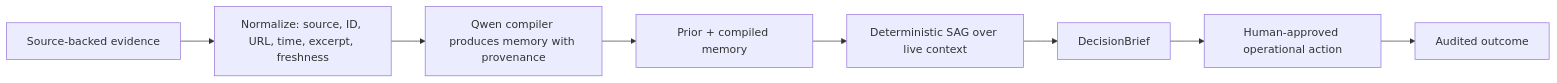
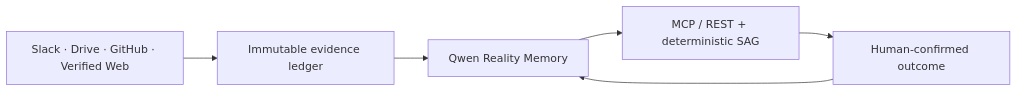
The diagram in HACKATHON_WRITEUP.md (BoBbY-dev-0099/company-brain), drawn with Mermaid before and after one commit. The commit also changed other lines of this file and 71 other files, not shown here.

Commit message:
feat: add source-backed reality memory layer

````diff
--- a/HACKATHON_WRITEUP.md
+++ b/HACKATHON_WRITEUP.md
@@ -35,10 +32,8 @@
 ```mermaid
 flowchart LR
-  E[Source-backed evidence] --> N[Normalize: source, ID, URL, time, excerpt, freshness]
-  N --> Q[Qwen compiler produces memory with provenance]
-  Q --> M[Prior + compiled memory]
-  M --> S[Deterministic SAG over live context]
-  S --> B[DecisionBrief]
-  B --> H[Human-approved operational action]
-  H --> O[Audited outcome]
+  S[Slack · Drive · GitHub · Verified Web] --> E[Immutable evidence ledger]
+  E --> Q[Qwen Reality Memory]
+  Q --> G[MCP / REST + deterministic SAG]
+  G --> H[Human-confirmed outcome]
+  H --> Q
 ```
````
